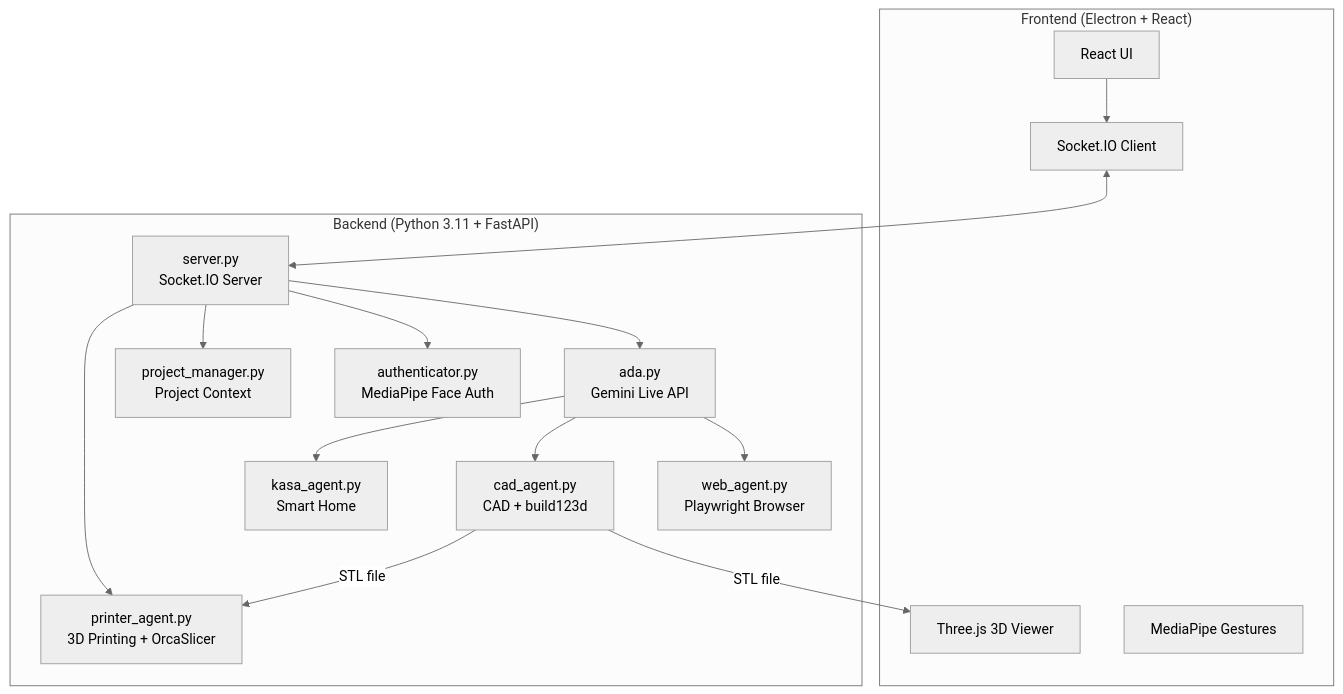
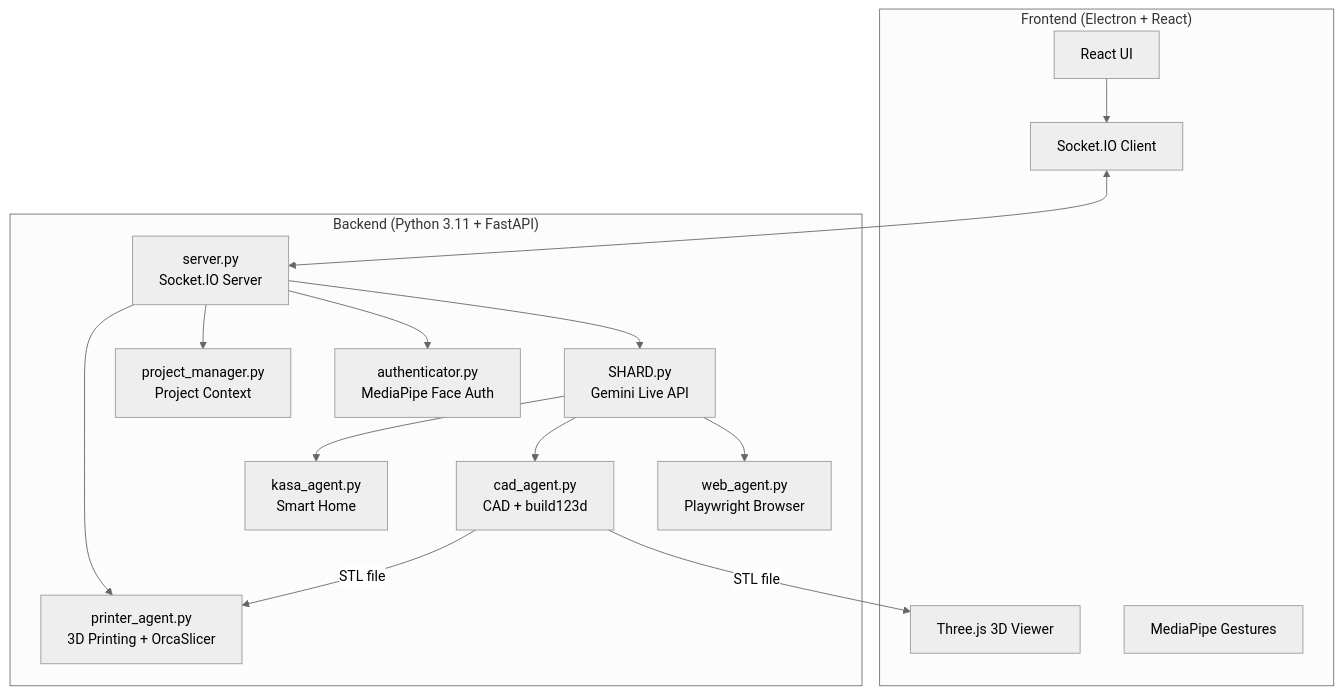
The diagram in README.md (Mirage995/shard-v1), drawn with Mermaid (neutral theme) before and after one commit. The commit also changed other lines of this file and 101 other files, not shown here.

````diff
--- a/README.md
+++ b/README.md
@@ -44,32 +44,32 @@
 ```mermaid
 graph TB
     subgraph Frontend ["Frontend (Electron + React)"]
         UI[React UI]
         THREE[Three.js 3D Viewer]
         GESTURE[MediaPipe Gestures]
         SOCKET_C[Socket.IO Client]
     end
     
     subgraph Backend ["Backend (Python 3.11 + FastAPI)"]
         SERVER[server.py<br/>Socket.IO Server]
-        ADA[ada.py<br/>Gemini Live API]
+        SHARD[SHARD.py<br/>Gemini Live API]
         WEB[web_agent.py<br/>Playwright Browser]
         CAD[cad_agent.py<br/>CAD + build123d]
         PRINTER[printer_agent.py<br/>3D Printing + OrcaSlicer]
         KASA[kasa_agent.py<br/>Smart Home]
         AUTH[authenticator.py<br/>MediaPipe Face Auth]
         PM[project_manager.py<br/>Project Context]
     end
     
     UI --> SOCKET_C
     SOCKET_C <--> SERVER
-    SERVER --> ADA
-    ADA --> WEB
-    ADA --> CAD
-    ADA --> KASA
+    SERVER --> SHARD
+    SHARD --> WEB
+    SHARD --> CAD
+    SHARD --> KASA
     SERVER --> AUTH
     SERVER --> PM
     SERVER --> PRINTER
     CAD -->|STL file| THREE
     CAD -->|STL file| PRINTER
 ```
````
